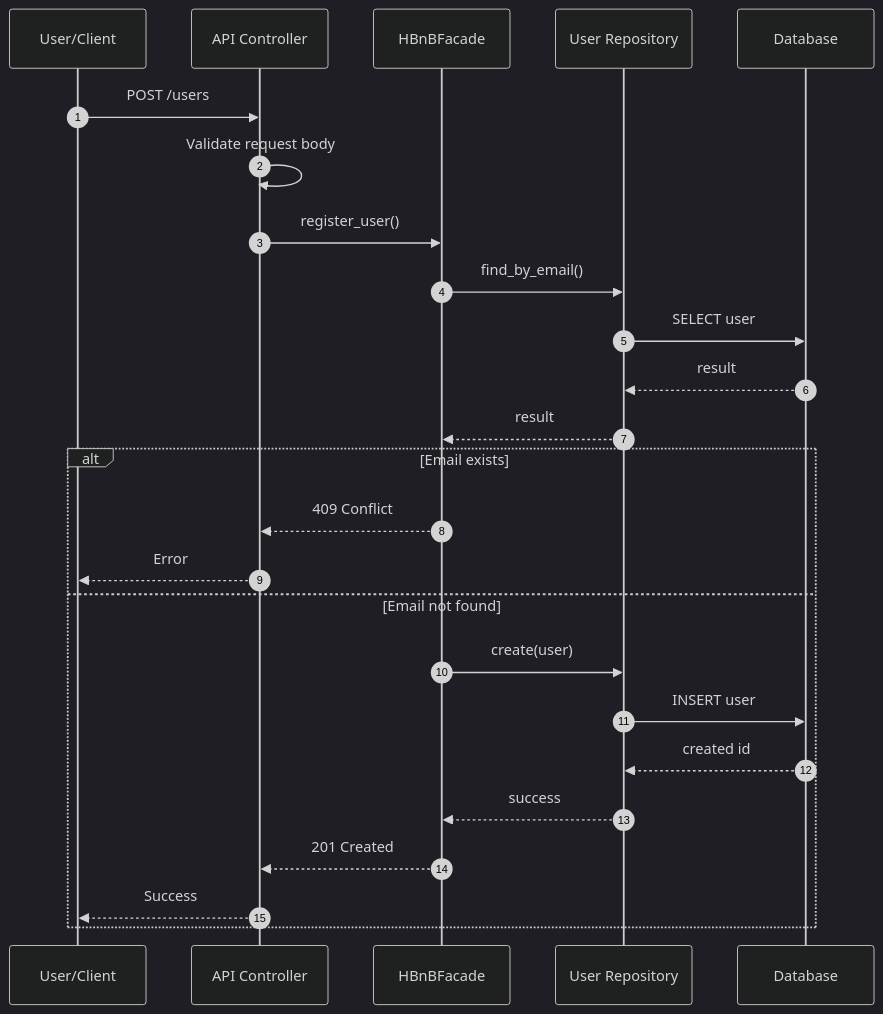
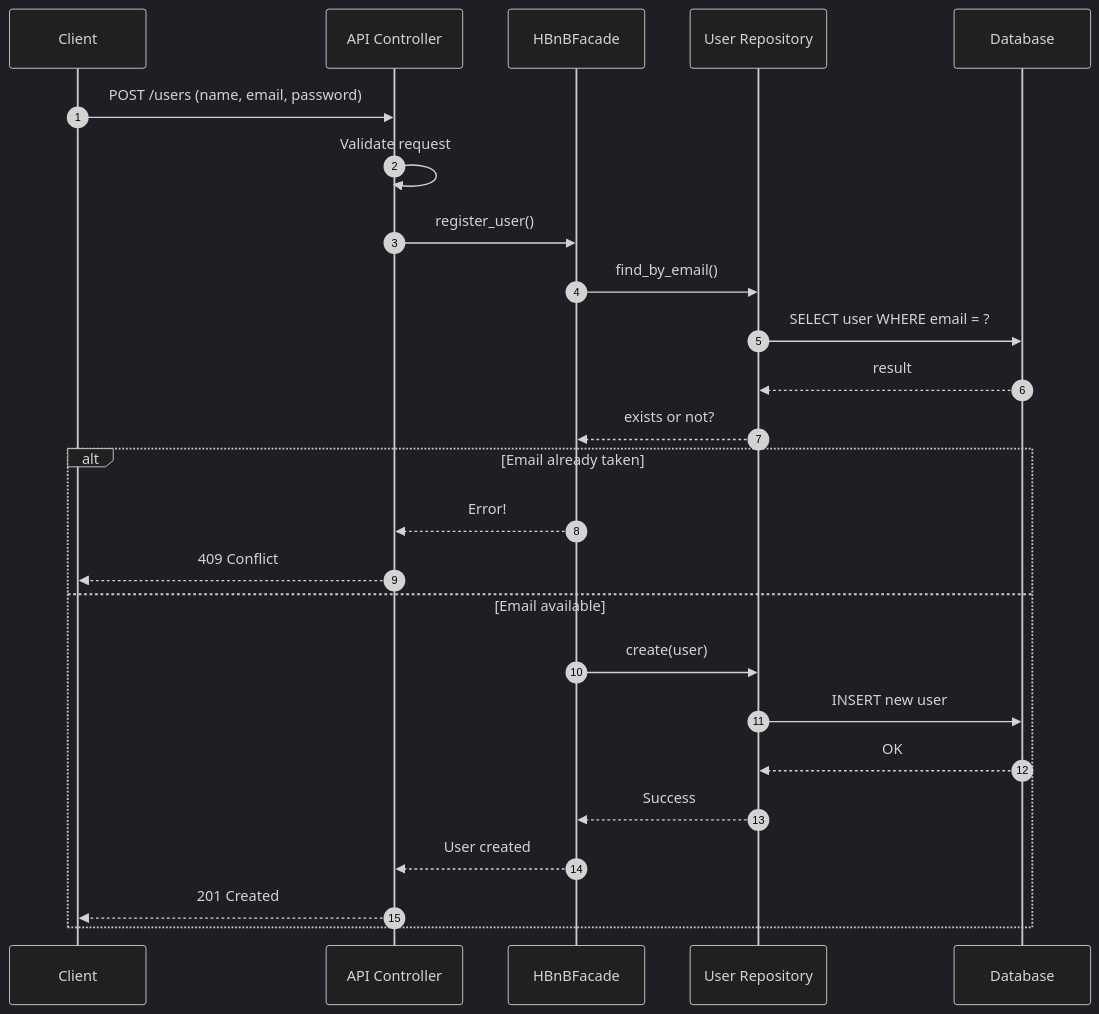
One commit to mnarzaid247-stack/holbertonschool-hbnb changed the third of 6 diagrams in part1/README.md. Above: the diagram before and after it, drawn with Mermaid (dark theme). The commit also changed other lines of this file and 1 other file, not shown here.

````diff
--- a/part1/README.md
+++ b/part1/README.md
@@ -325,30 +304,30 @@
 ```mermaid
 sequenceDiagram
-autonumber
-participant Client as User/Client
-participant API as API Controller
-participant Facade as HBnBFacade
-participant UserRepo as User Repository
-participant DB as Database
+    autonumber
+    participant Client
+    participant API as API Controller
+    participant Facade as HBnBFacade
+    participant UserRepo as User Repository
+    participant DB as Database
 
-Client->>API: POST /users
-API->>API: Validate request body
-API->>Facade: register_user()
+    Client->>API: POST /users (name, email, password)
+    API->>API: Validate request
+    API->>Facade: register_user()
+    
+    Facade->>UserRepo: find_by_email()
+    UserRepo->>DB: SELECT user WHERE email = ?
+    DB-->>UserRepo: result
+    UserRepo-->>Facade: exists or not?
 
-Facade->>UserRepo: find_by_email()
-UserRepo->>DB: SELECT user
-DB-->>UserRepo: result
-UserRepo-->>Facade: result
-
-alt Email exists
-Facade-->>API: 409 Conflict
-API-->>Client: Error
-else Email not found
-Facade->>UserRepo: create(user)
-UserRepo->>DB: INSERT user
-DB-->>UserRepo: created id
-UserRepo-->>Facade: success
-Facade-->>API: 201 Created
-API-->>Client: Success
-end
+    alt Email already taken
+        Facade-->>API: Error!
+        API-->>Client: 409 Conflict
+    else Email available
+        Facade->>UserRepo: create(user)
+        UserRepo->>DB: INSERT new user
+        DB-->>UserRepo: OK
+        UserRepo-->>Facade: Success
+        Facade-->>API: User created
+        API-->>Client: 201 Created
+    end
 ```
````
